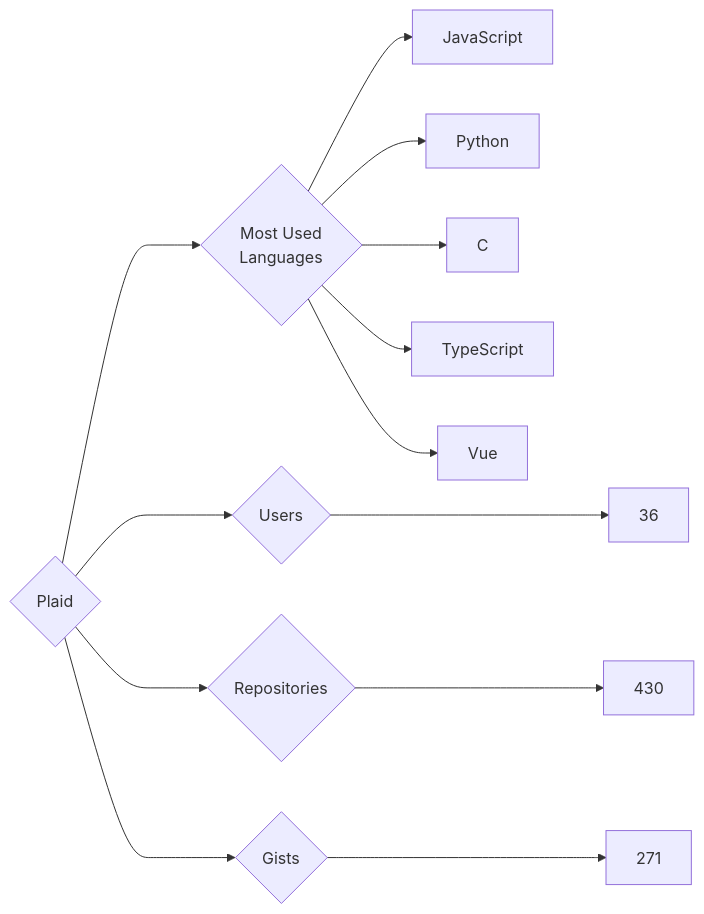
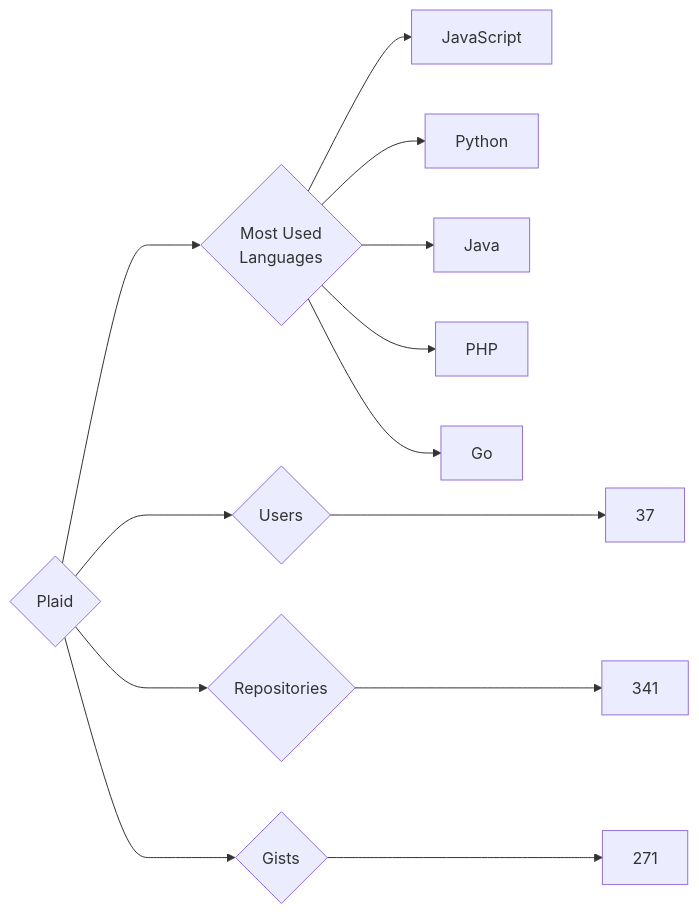
One commit to trickest/insiders changed the diagram in targets/Plaid/README.md. Above: the diagram before and after it, drawn with Mermaid. The commit also changed 895 other files, not shown here.

````diff
--- a/targets/Plaid/README.md
+++ b/targets/Plaid/README.md
@@ -3,13 +3,13 @@
 ```mermaid
 graph LR
 COMPANY_NAME{Plaid}
-COMPANY_NAME ---> U{Users} ---> UN[36]
-COMPANY_NAME ---> R{Repositories} ---> RN[430]
+COMPANY_NAME ---> U{Users} ---> UN[37]
+COMPANY_NAME ---> R{Repositories} ---> RN[341]
 COMPANY_NAME ---> G{Gists} ---> GN[271]
 COMPANY_NAME ---> ML{Most Used<br>Languages}
 ML --> JavaScript[JavaScript]
 ML --> Python[Python]
-ML --> C[C]
-ML --> TypeScript[TypeScript]
-ML --> Vue[Vue]
+ML --> Java[Java]
+ML --> PHP[PHP]
+ML --> Go[Go]
 ```
````
